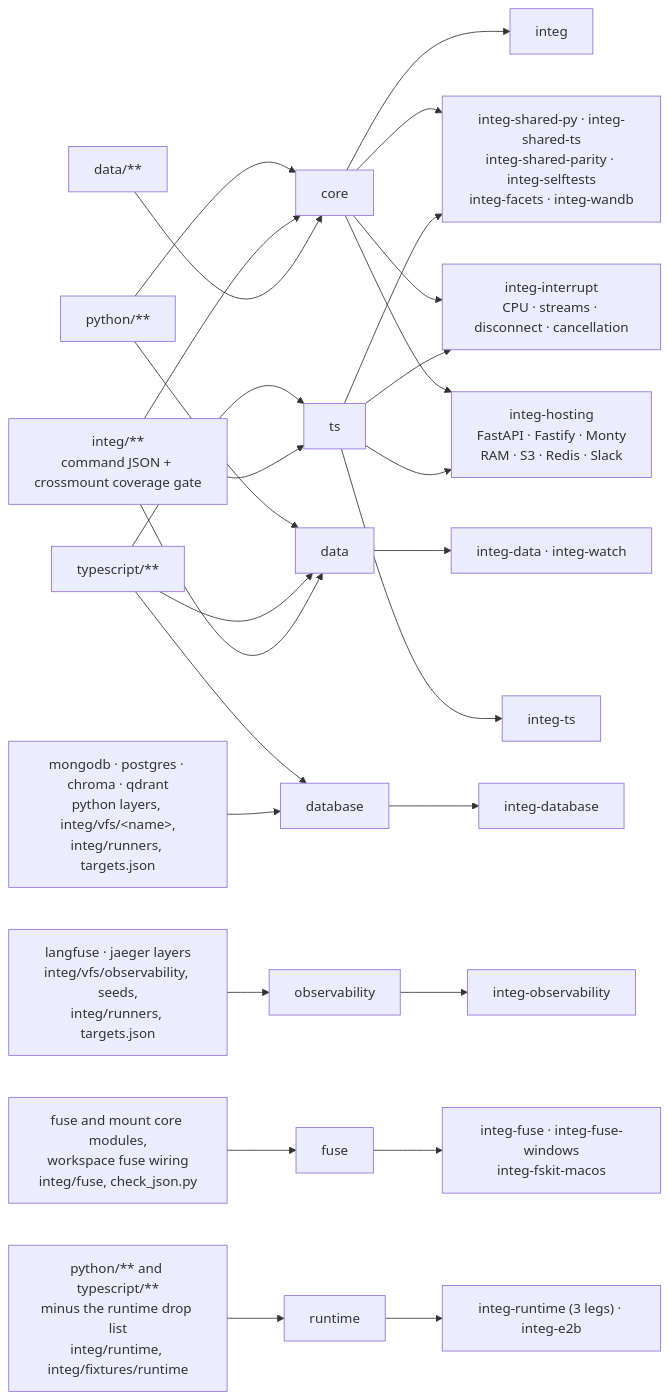
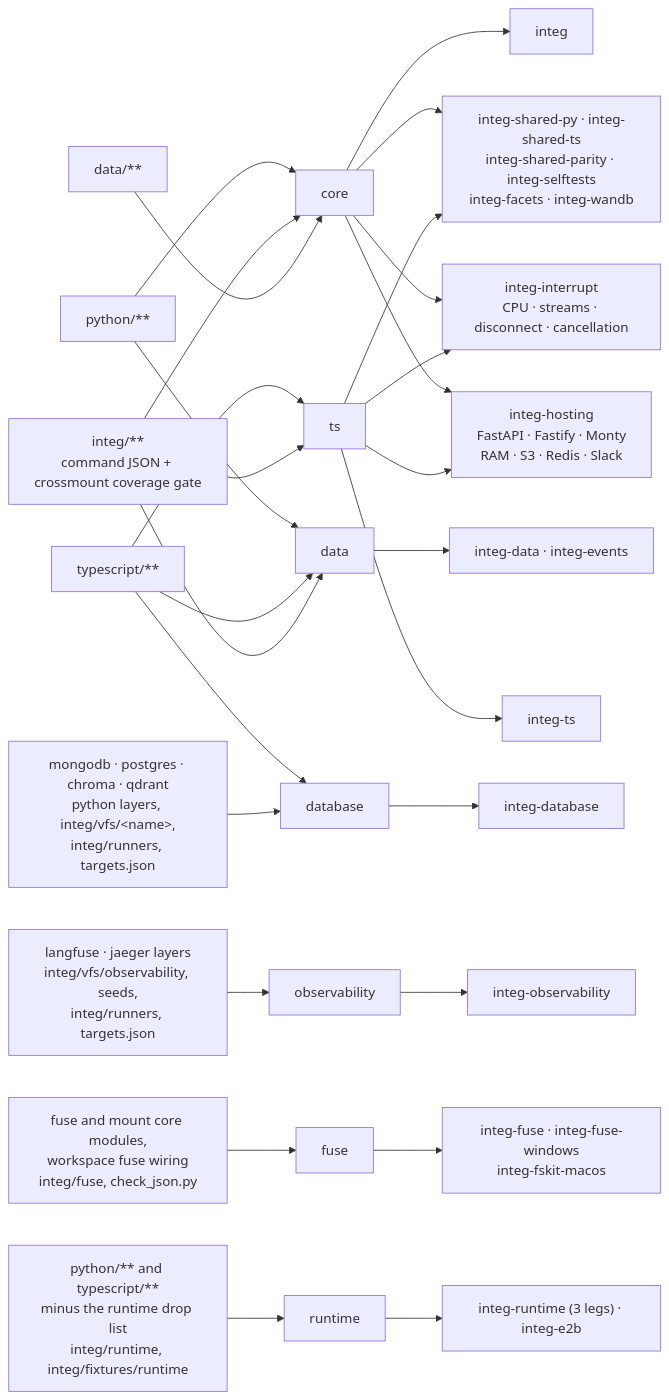
One commit to bytecii/mirage changed the diagram in integ/README.md. Above: the diagram before and after it, drawn with Mermaid. The commit also changed 374 other files, not shown here.

First line of the commit message:
Rename watch to events

````diff
--- a/integ/README.md
+++ b/integ/README.md
@@ -199,21 +199,21 @@
 ```mermaid
 flowchart LR
     PY["python/**"] --> core & data
     TSX["typescript/**"] --> ts & data & database
     IN["integ/**<br/>command JSON + crossmount coverage gate"] --> core & ts & data
     D["data/**"] --> core
     DB["mongodb · postgres · chroma · qdrant<br/>python layers, integ/vfs/&lt;name&gt;,<br/>integ/runners, targets.json"] --> database
     OB["langfuse · jaeger layers<br/>integ/vfs/observability, seeds,<br/>integ/runners, targets.json"] --> observability
     FS["fuse and mount core modules,<br/>workspace fuse wiring<br/>integ/fuse, check_json.py"] --> fuse
     RT["python/** and typescript/**<br/>minus the runtime drop list<br/>integ/runtime, integ/fixtures/runtime"] --> runtime
     core --> J1["integ"]
     ts --> J2["integ-ts"]
     core & ts --> J3["integ-shared-py · integ-shared-ts<br/>integ-shared-parity · integ-selftests<br/>integ-facets · integ-wandb"]
     core & ts --> INTERRUPT["integ-interrupt<br/>CPU · streams · disconnect · cancellation"]
     core & ts --> HOST["integ-hosting<br/>FastAPI · Fastify · Monty<br/>RAM · S3 · Redis · Slack"]
-    data --> J4["integ-data · integ-watch"]
+    data --> J4["integ-data · integ-events"]
     database --> J5["integ-database"]
     observability --> J6["integ-observability"]
     fuse --> J7["integ-fuse · integ-fuse-windows<br/>integ-fskit-macos"]
     runtime --> J8["integ-runtime (3 legs) · integ-e2b"]
 ```
````
